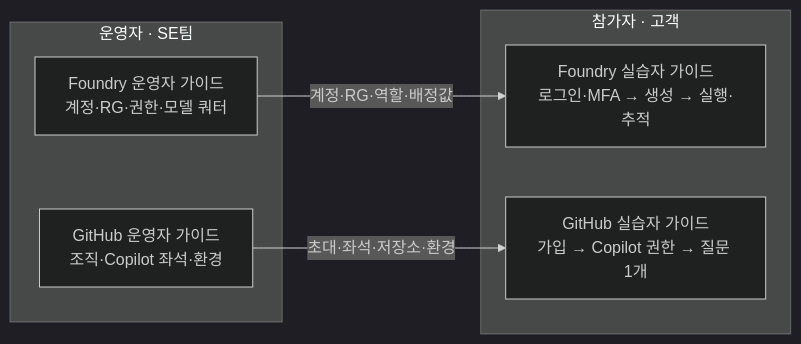
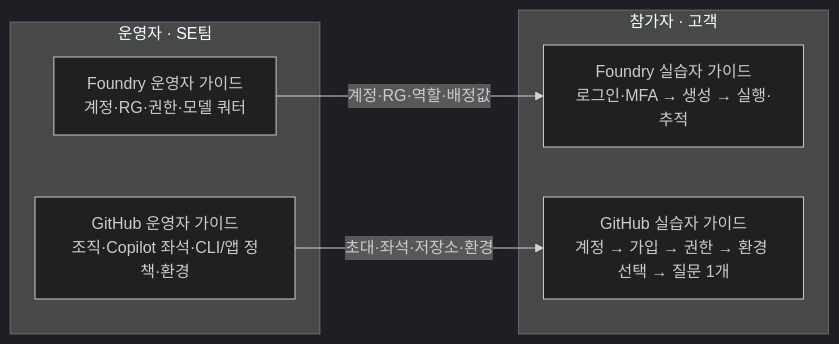
One commit to junwoojeong100/internal-guest-hands-on-guide changed the diagram in README.md. Above: the diagram before and after it, drawn with Mermaid (dark theme). The commit also changed other lines of this file and 5 other files, not shown here.

First line of the commit message:
Add Copilot CLI and app starts and beginner onboarding to the GitHub guide

````diff
--- a/README.md
+++ b/README.md
@@ -14,13 +14,13 @@
 ```mermaid
 flowchart LR
   subgraph OP["운영자 · SE팀"]
     O1["Foundry 운영자 가이드<br/>계정·RG·권한·모델 쿼터"]
-    O2["GitHub 운영자 가이드<br/>조직·Copilot 좌석·환경"]
+    O2["GitHub 운영자 가이드<br/>조직·Copilot 좌석·CLI/앱 정책·환경"]
   end
   subgraph PA["참가자 · 고객"]
     P1["Foundry 실습자 가이드<br/>로그인·MFA → 생성 → 실행·추적"]
-    P2["GitHub 실습자 가이드<br/>가입 → Copilot 권한 → 질문 1개"]
+    P2["GitHub 실습자 가이드<br/>계정 → 가입 → 권한 → 환경 선택 → 질문 1개"]
   end
   O1 -->|"계정·RG·역할·배정값"| P1
   O2 -->|"초대·좌석·저장소·환경"| P2
 ```
````
